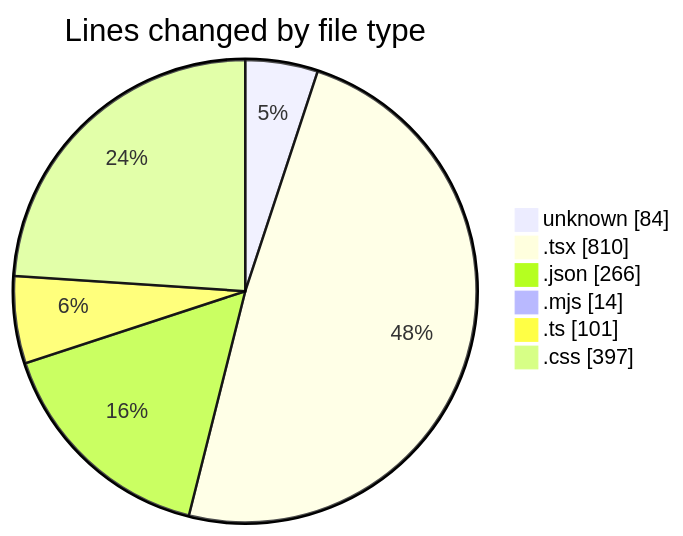
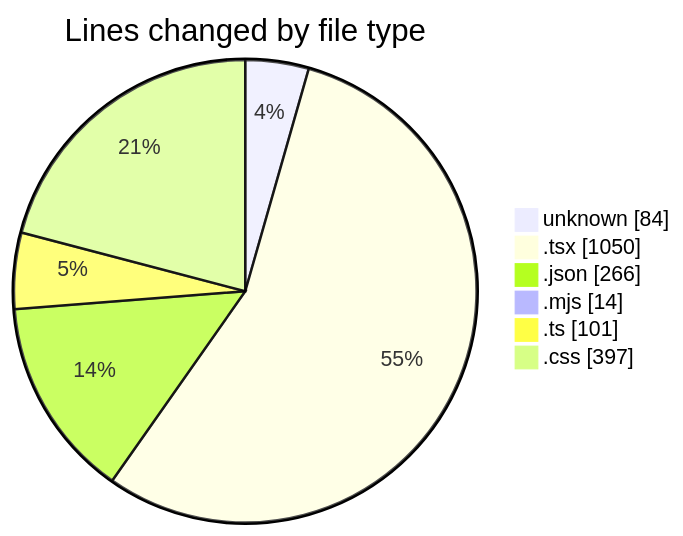
The first of 2 diagrams in 2025-05-15/niten/README.md (Elitesun/code-tracking), drawn with Mermaid before and after one commit. The commit also changed other lines of this file and 1 other file, not shown here.

````diff
--- a/2025-05-15/niten/README.md
+++ b/2025-05-15/niten/README.md
@@ -35,10 +35,10 @@
 ```mermaid
 pie showData
 title Lines changed by file type
 "unknown" : 84
-".tsx" : 810
+".tsx" : 1050
 ".json" : 266
 ".mjs" : 14
 ".ts" : 101
 ".css" : 397
 ```
````
